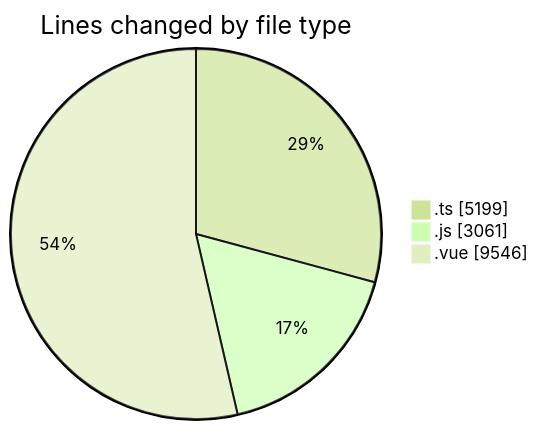
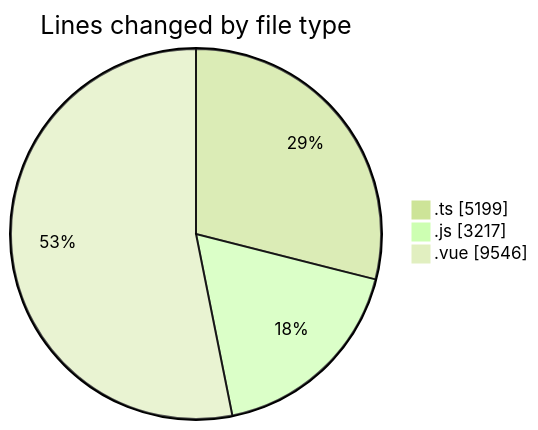
Before and after one commit to lephambinh05/code-tracking: the first of 2 diagrams in 2025-08-16/rentotp/README.md, drawn with Mermaid (forest theme). The commit also changed other lines of this file and 1 other file, not shown here.

````diff
--- a/2025-08-16/rentotp/README.md
+++ b/2025-08-16/rentotp/README.md
@@ -76,7 +79,7 @@
 ```mermaid
 pie showData
 title Lines changed by file type
 ".ts" : 5199
-".js" : 3061
+".js" : 3217
 ".vue" : 9546
 ```
````
